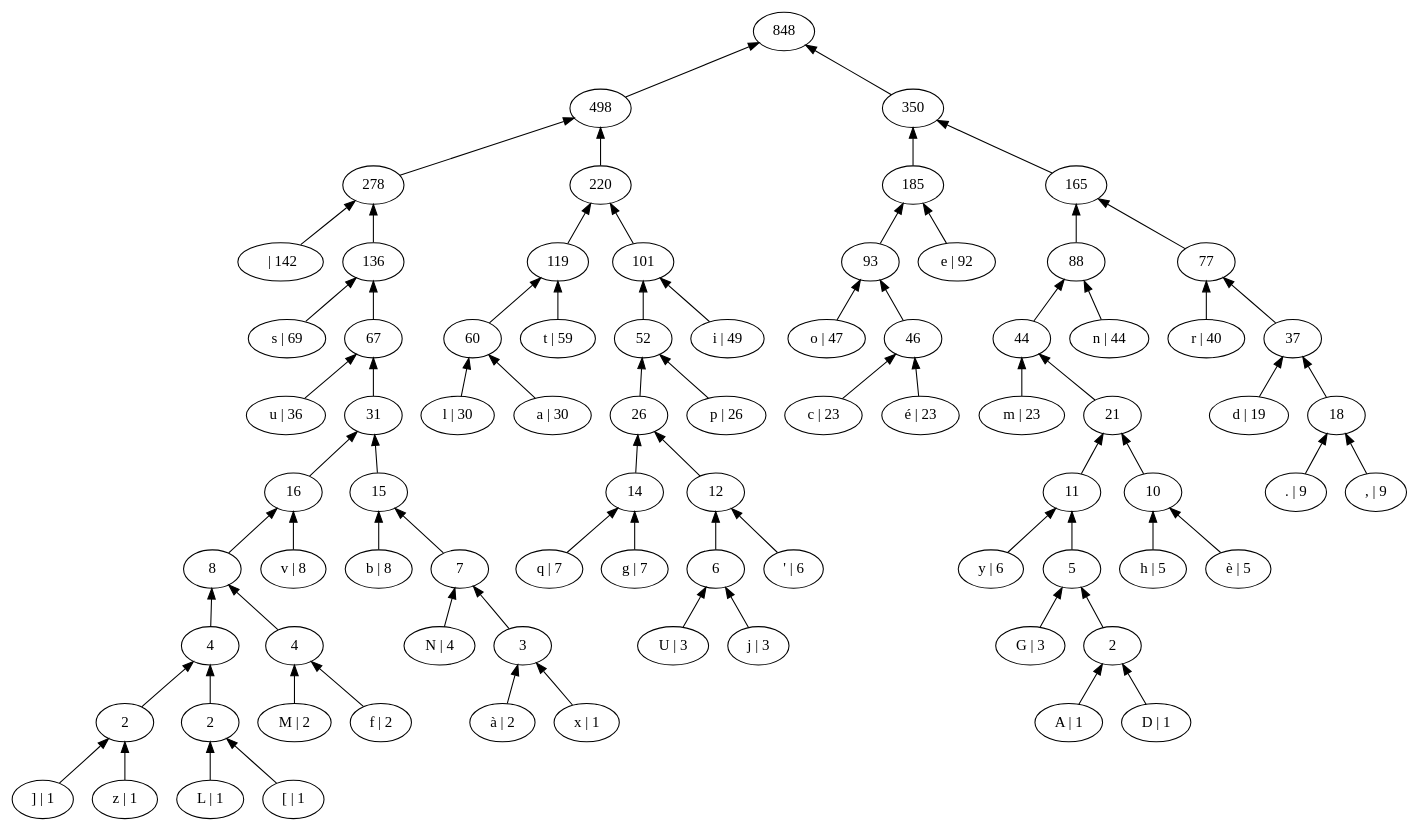
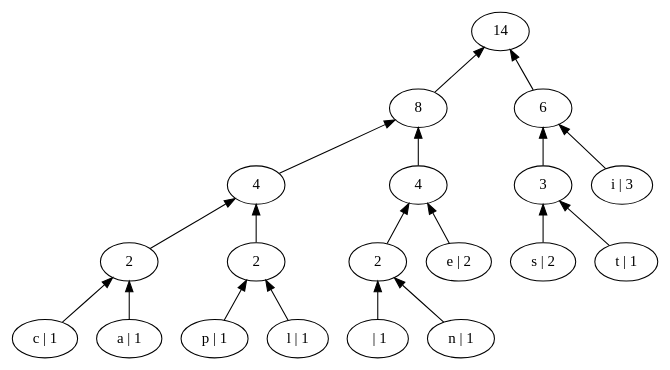
One commit to BugJackBarron/ZoneNSI.md changed the diagram in docs/NSI/Terminale/Devoirs/BB2022/Corrige/Huffman.gv. Above: the diagram before and after it, drawn with Graphviz. The commit also changed 3 other files, not shown here.

```diff
--- a/docs/NSI/Terminale/Devoirs/BB2022/Corrige/Huffman.gv
+++ b/docs/NSI/Terminale/Devoirs/BB2022/Corrige/Huffman.gv
@@ -1,160 +1,40 @@
 digraph Huffman {
 	graph [rankdir=BT]
-	0 [label=848]
-	1 [label=498]
+	0 [label=14]
+	1 [label=8]
 	1 -> 0
-	2 [label=278]
+	2 [label=4]
 	2 -> 1
-	3 [label="  | 142"]
+	3 [label=2]
 	3 -> 2
-	4 [label=136]
-	4 -> 2
-	5 [label="s | 69"]
-	5 -> 4
-	6 [label=67]
-	6 -> 4
-	7 [label="u | 36"]
+	4 [label="c | 1"]
+	4 -> 3
+	5 [label="a | 1"]
+	5 -> 3
+	6 [label=2]
+	6 -> 2
+	7 [label="p | 1"]
 	7 -> 6
-	8 [label=31]
+	8 [label="l | 1"]
 	8 -> 6
-	9 [label=16]
-	9 -> 8
-	10 [label=8]
+	9 [label=4]
+	9 -> 1
+	10 [label=2]
 	10 -> 9
-	11 [label=4]
+	11 [label="  | 1"]
 	11 -> 10
-	12 [label=2]
-	12 -> 11
-	13 [label="] | 1"]
-	13 -> 12
-	14 [label="z | 1"]
-	14 -> 12
-	15 [label=2]
-	15 -> 11
-	16 [label="L | 1"]
+	12 [label="n | 1"]
+	12 -> 10
+	13 [label="e | 2"]
+	13 -> 9
+	14 [label=6]
+	14 -> 0
+	15 [label=3]
+	15 -> 14
+	16 [label="s | 2"]
 	16 -> 15
-	17 [label="[ | 1"]
+	17 [label="t | 1"]
 	17 -> 15
-	18 [label=4]
-	18 -> 10
-	19 [label="M | 2"]
-	19 -> 18
-	20 [label="f | 2"]
-	20 -> 18
-	21 [label="v | 8"]
-	21 -> 9
-	22 [label=15]
-	22 -> 8
-	23 [label="b | 8"]
-	23 -> 22
-	24 [label=7]
-	24 -> 22
-	25 [label="N | 4"]
-	25 -> 24
-	26 [label=3]
-	26 -> 24
-	27 [label="à | 2"]
-	27 -> 26
-	28 [label="x | 1"]
-	28 -> 26
-	29 [label=220]
-	29 -> 1
-	30 [label=119]
-	30 -> 29
-	31 [label=60]
-	31 -> 30
-	32 [label="l | 30"]
-	32 -> 31
-	33 [label="a | 30"]
-	33 -> 31
-	34 [label="t | 59"]
-	34 -> 30
-	35 [label=101]
-	35 -> 29
-	36 [label=52]
-	36 -> 35
-	37 [label=26]
-	37 -> 36
-	38 [label=14]
-	38 -> 37
-	39 [label="q | 7"]
-	39 -> 38
-	40 [label="g | 7"]
-	40 -> 38
-	41 [label=12]
-	41 -> 37
-	42 [label=6]
-	42 -> 41
-	43 [label="U | 3"]
-	43 -> 42
-	44 [label="j | 3"]
-	44 -> 42
-	45 [label="' | 6"]
-	45 -> 41
-	46 [label="p | 26"]
-	46 -> 36
-	47 [label="i | 49"]
-	47 -> 35
-	48 [label=350]
-	48 -> 0
-	49 [label=185]
-	49 -> 48
-	50 [label=93]
-	50 -> 49
-	51 [label="o | 47"]
-	51 -> 50
-	52 [label=46]
-	52 -> 50
-	53 [label="c | 23"]
-	53 -> 52
-	54 [label="é | 23"]
-	54 -> 52
-	55 [label="e | 92"]
-	55 -> 49
-	56 [label=165]
-	56 -> 48
-	57 [label=88]
-	57 -> 56
-	58 [label=44]
-	58 -> 57
-	59 [label="m | 23"]
-	59 -> 58
-	60 [label=21]
-	60 -> 58
-	61 [label=11]
-	61 -> 60
-	62 [label="y | 6"]
-	62 -> 61
-	63 [label=5]
-	63 -> 61
-	64 [label="G | 3"]
-	64 -> 63
-	65 [label=2]
-	65 -> 63
-	66 [label="A | 1"]
-	66 -> 65
-	67 [label="D | 1"]
-	67 -> 65
-	68 [label=10]
-	68 -> 60
-	69 [label="h | 5"]
-	69 -> 68
-	70 [label="è | 5"]
-	70 -> 68
-	71 [label="n | 44"]
-	71 -> 57
-	72 [label=77]
-	72 -> 56
-	73 [label="r | 40"]
-	73 -> 72
-	74 [label=37]
-	74 -> 72
-	75 [label="d | 19"]
-	75 -> 74
-	76 [label=18]
-	76 -> 74
-	77 [label=". | 9"]
-	77 -> 76
-	78 [label=", | 9"]
-	78 -> 76
+	18 [label="i | 3"]
+	18 -> 14
 }
```
